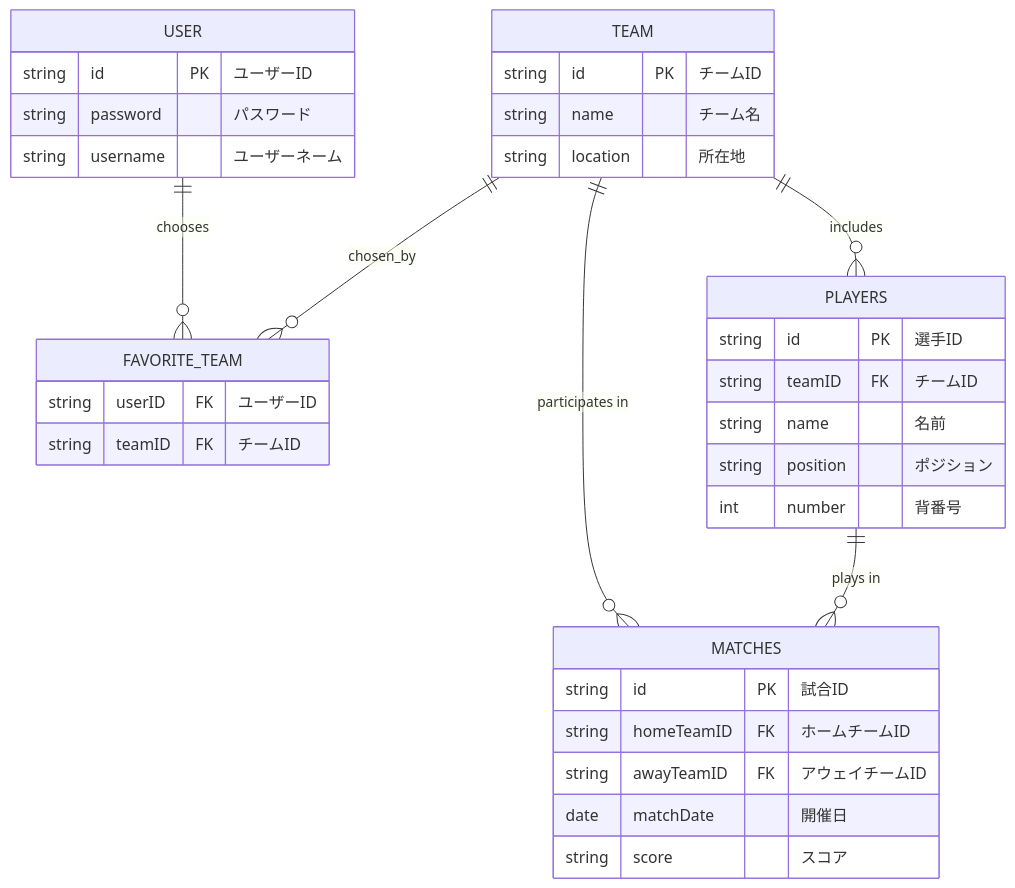
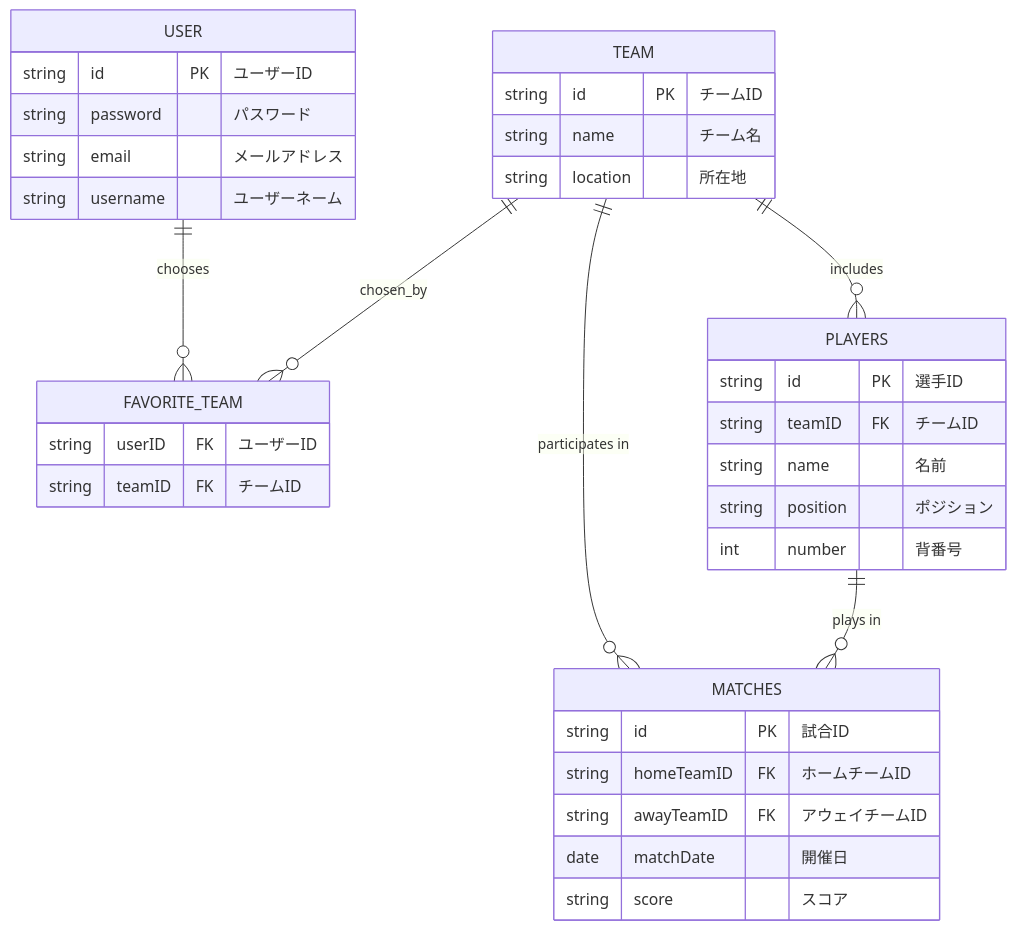
Before and after one commit to nakasan0903/nakayama: the diagram in README.md, drawn with Mermaid.

Commit message:
ER図

````diff
--- a/README.md
+++ b/README.md
@@ -7,39 +7,40 @@
 ```mermaid
 erDiagram
     USER ||--o{ FAVORITE_TEAM : chooses
     TEAM ||--o{ FAVORITE_TEAM : chosen_by
     TEAM ||--o{ PLAYERS : includes
     TEAM ||--o{ MATCHES : "participates in"
     PLAYERS ||--o{ MATCHES : "plays in"
     
     USER {
         string id PK "ユーザーID"
         string password "パスワード"
+        string email "メールアドレス"
         string username "ユーザーネーム"
     }
     TEAM {
         string id PK "チームID"
         string name "チーム名"
         string location "所在地"
     }
     FAVORITE_TEAM {
         string userID FK "ユーザーID"
         string teamID FK "チームID"
     }
     PLAYERS {
         string id PK "選手ID"
         string teamID FK "チームID"
         string name "名前"
         string position "ポジション"
         int number "背番号"
     }
     MATCHES {
         string id PK "試合ID"
         string homeTeamID FK "ホームチームID"
         string awayTeamID FK "アウェイチームID"
         date matchDate "開催日"
         string score "スコア"
     }
 
 
 ```
````
